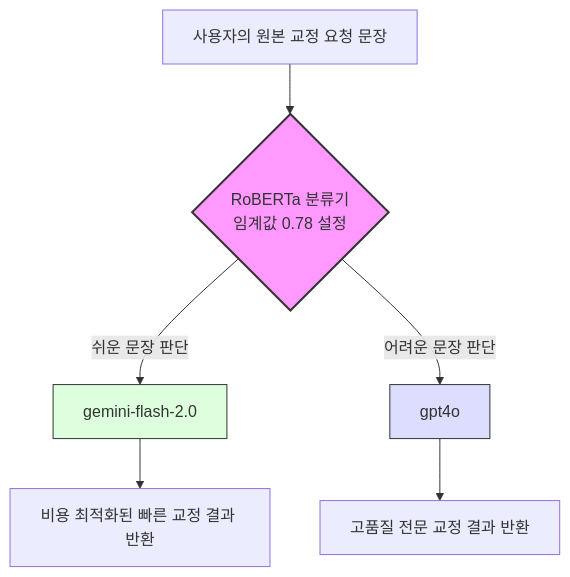
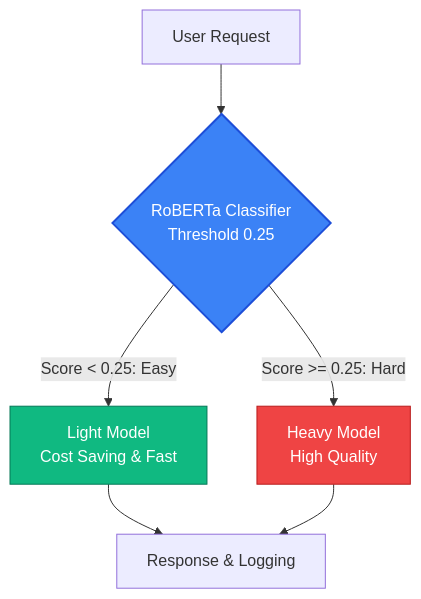
One commit to tryfasting/yds-dmdp-smart-router changed the diagram in README.md. Above: the diagram before and after it, drawn with Mermaid. The commit also changed other lines of this file and 38 other files, not shown here.

````diff
--- a/README.md
+++ b/README.md
@@ -15,12 +51,12 @@
 ```mermaid
 graph TD
-    A[사용자의 원본 교정 요청 문장] --> B{RoBERTa 분류기<br/>임계값 0.78 설정}
-    B -->|쉬운 문장 판단| C[gemini-flash-2.0]
-    B -->|어려운 문장 판단| D[gpt4o]
-    C --> E[비용 최적화된 빠른 교정 결과 반환]
-    D --> F[고품질 전문 교정 결과 반환]
+    A[User Request] --> B{RoBERTa Classifier<br/>Threshold 0.25}
+    B -->|Score < 0.25: Easy| C[Light Model<br/>Cost Saving & Fast]
+    B -->|Score >= 0.25: Hard| D[Heavy Model<br/>High Quality]
+    C --> E[Response & Logging]
+    D --> E
 
-    style B fill:#f9f,stroke:#333,stroke-width:2px
-    style C fill:#dfd,stroke:#333
-    style D fill:#ddf,stroke:#333
+    style B fill:#3b82f6,stroke:#1d4ed8,stroke-width:2px,color:#fff
+    style C fill:#10b981,stroke:#047857,color:#fff
+    style D fill:#ef4444,stroke:#b91c1c,color:#fff
 ```
````
